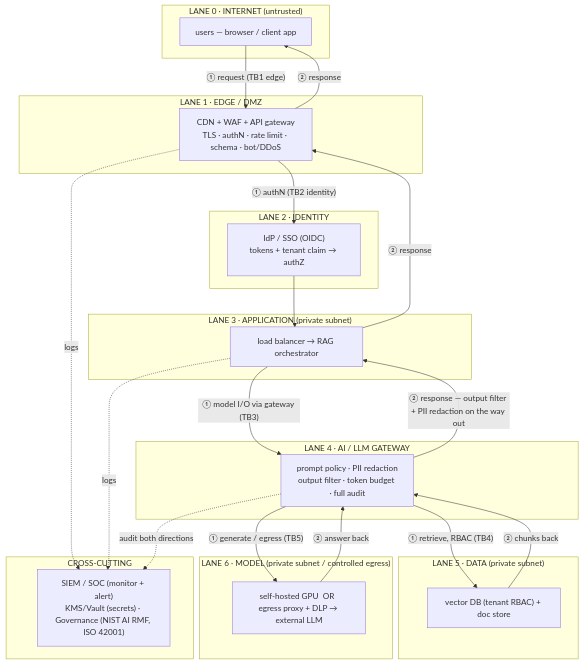
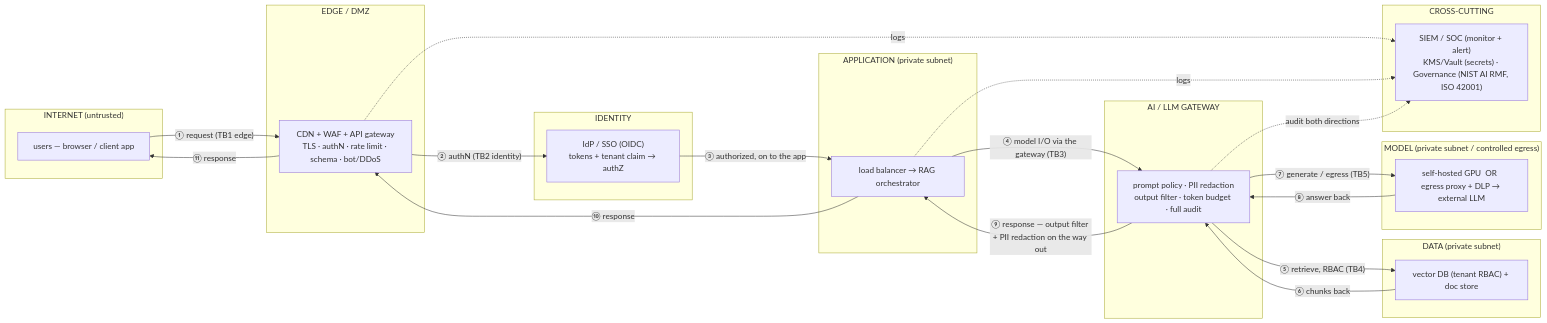
One commit to ryayres-fox/Security changed the seventh of 11 diagrams in lab-journal/rag-and-ai-probe.md. Above: the diagram before and after it, drawn with Mermaid. The commit also changed other lines of this file and 1 other file, not shown here.

First line of the commit message:
lab-journal: one numbering rule in every diagram, and every flowchart reads left to right

````diff
--- a/lab-journal/rag-and-ai-probe.md
+++ b/lab-journal/rag-and-ai-probe.md
@@ -332,41 +333,41 @@
 ```mermaid
-graph TB
-  subgraph L0["LANE 0 · INTERNET (untrusted)"]
+graph LR
+  subgraph L0["INTERNET (untrusted)"]
     U["users — browser / client app"]
   end
-  subgraph L1["LANE 1 · EDGE / DMZ"]
+  subgraph L1["EDGE / DMZ"]
     WAF["CDN + WAF + API gateway<br/>TLS · authN · rate limit · schema · bot/DDoS"]
   end
-  subgraph L2["LANE 2 · IDENTITY"]
+  subgraph L2["IDENTITY"]
     IDP["IdP / SSO (OIDC)<br/>tokens + tenant claim → authZ"]
   end
-  subgraph L3["LANE 3 · APPLICATION (private subnet)"]
+  subgraph L3["APPLICATION (private subnet)"]
     APP2["load balancer → RAG orchestrator"]
   end
-  subgraph L4["LANE 4 · AI / LLM GATEWAY"]
+  subgraph L4["AI / LLM GATEWAY"]
     AIGW["prompt policy · PII redaction<br/>output filter · token budget · full audit"]
   end
-  subgraph L5["LANE 5 · DATA (private subnet)"]
+  subgraph L5["DATA (private subnet)"]
     VDB["vector DB (tenant RBAC) + doc store"]
   end
-  subgraph L6["LANE 6 · MODEL (private subnet / controlled egress)"]
+  subgraph L6["MODEL (private subnet / controlled egress)"]
     MS["self-hosted GPU  OR  egress proxy + DLP → external LLM"]
   end
   subgraph LX["CROSS-CUTTING"]
     SIEM["SIEM / SOC (monitor + alert)<br/>KMS/Vault (secrets) · Governance (NIST AI RMF, ISO 42001)"]
   end
   U -->|"① request (TB1 edge)"| WAF
-  WAF -->|"① authN (TB2 identity)"| IDP
-  IDP --> APP2
-  APP2 -->|"① model I/O via gateway (TB3)"| AIGW
-  AIGW -->|"① retrieve, RBAC (TB4)"| VDB
-  VDB -->|"② chunks back"| AIGW
-  AIGW -->|"① generate / egress (TB5)"| MS
-  MS -->|"② answer back"| AIGW
-  AIGW -->|"② response — output filter + PII redaction on the way out"| APP2
-  APP2 -->|"② response"| WAF
-  WAF -->|"② response"| U
+  WAF -->|"② authN (TB2 identity)"| IDP
+  IDP -->|"③ authorized, on to the app"| APP2
+  APP2 -->|"④ model I/O via the gateway (TB3)"| AIGW
+  AIGW -->|"⑤ retrieve, RBAC (TB4)"| VDB
+  VDB -->|"⑥ chunks back"| AIGW
+  AIGW -->|"⑦ generate / egress (TB5)"| MS
+  MS -->|"⑧ answer back"| AIGW
+  AIGW -->|"⑨ response — output filter + PII redaction on the way out"| APP2
+  APP2 -->|"⑩ response"| WAF
+  WAF -->|"⑪ response"| U
   WAF -.->|logs| SIEM
   APP2 -.->|logs| SIEM
   AIGW -.->|audit both directions| SIEM
 ```
````
